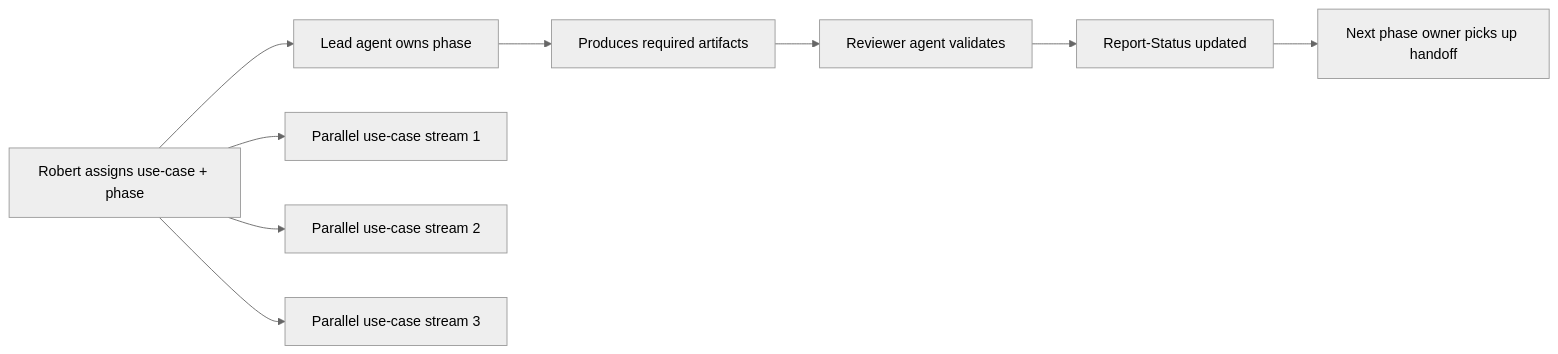
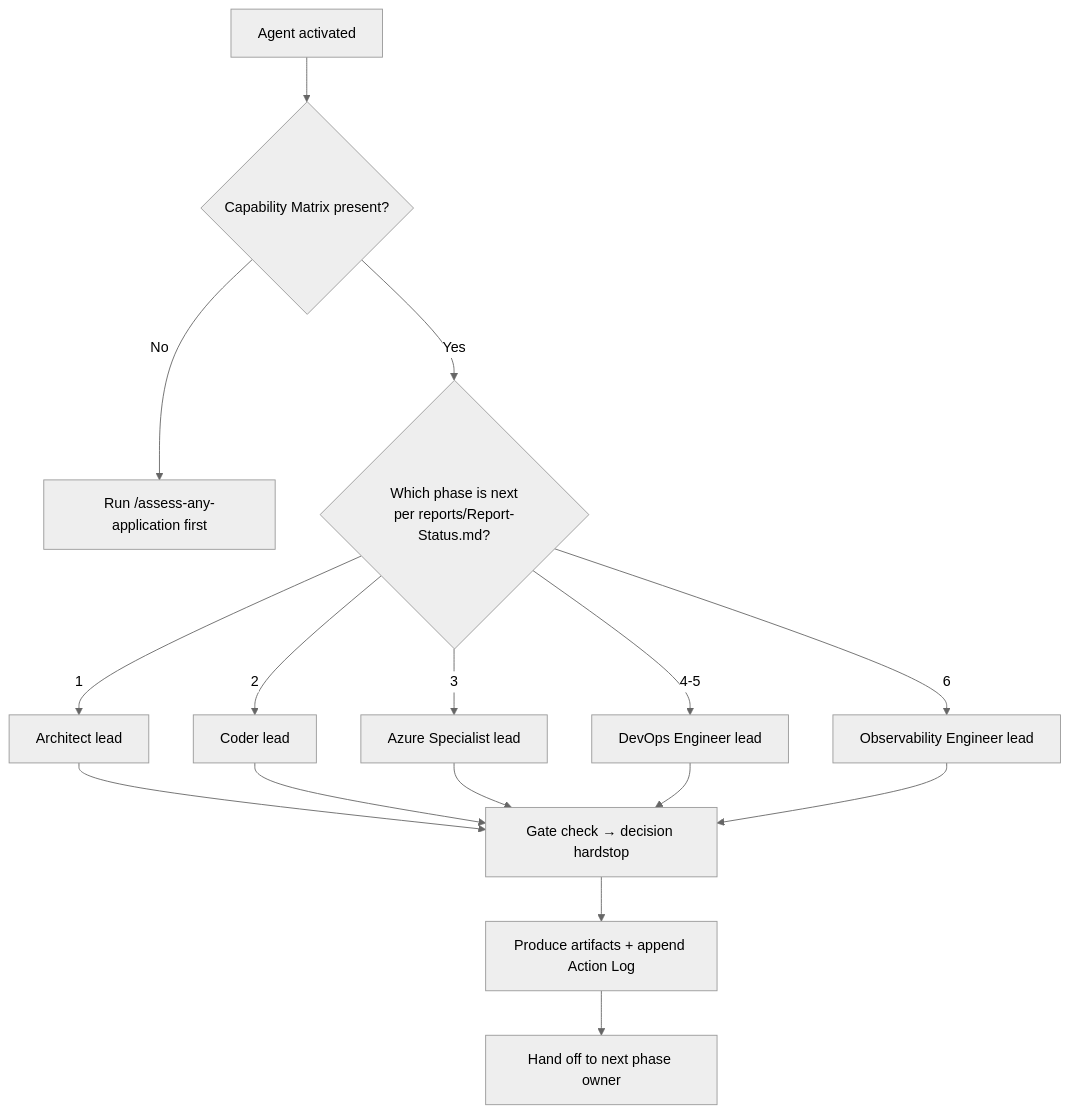
The third of 7 diagrams in docs/architecture/ARCHITECTURE.md (RobertoBorges/GHCP-PromptMigration), drawn with Mermaid (neutral theme) before and after one commit. The commit also changed other lines of this file and 371 other files, not shown here.

````diff
--- a/docs/architecture/ARCHITECTURE.md
+++ b/docs/architecture/ARCHITECTURE.md
@@ -622,11 +338,18 @@
 ```mermaid
-graph LR
-    A[Robert assigns use-case + phase] --> B[Lead agent owns phase]
-    B --> C[Produces required artifacts]
-    C --> D[Reviewer agent validates]
-    D --> E[Report-Status updated]
-    E --> F[Next phase owner picks up handoff]
-    A --> G[Parallel use-case stream 1]
-    A --> H[Parallel use-case stream 2]
-    A --> I[Parallel use-case stream 3]
+graph TD
+    A[Agent activated] --> B{Capability Matrix present?}
+    B -->|No| D["Run /assess-any-application first"]
+    B -->|Yes| C{Which phase is next<br/>per reports/Report-Status.md?}
+    C -->|1| E[Architect lead]
+    C -->|2| F[Coder lead]
+    C -->|3| G[Azure Specialist lead]
+    C -->|4-5| H[DevOps Engineer lead]
+    C -->|6| I[Observability Engineer lead]
+    E --> J[Gate check → decision hardstop]
+    F --> J
+    G --> J
+    H --> J
+    I --> J
+    J --> K[Produce artifacts + append Action Log]
+    K --> L[Hand off to next phase owner]
 ```
````
